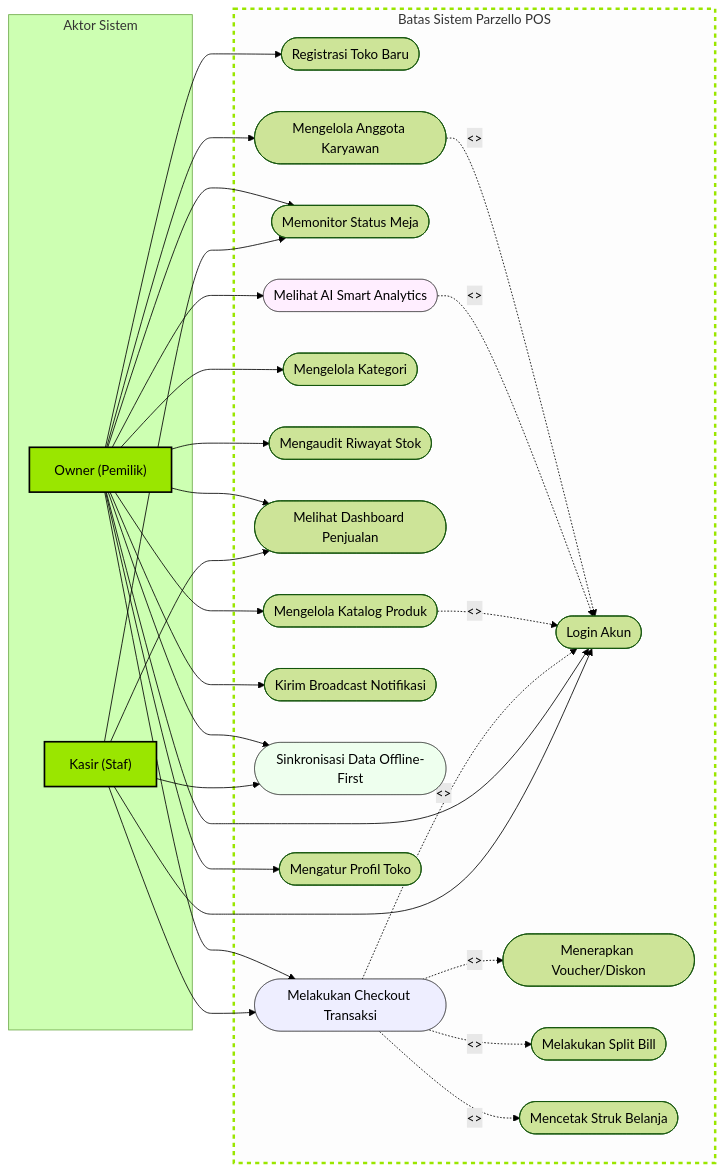
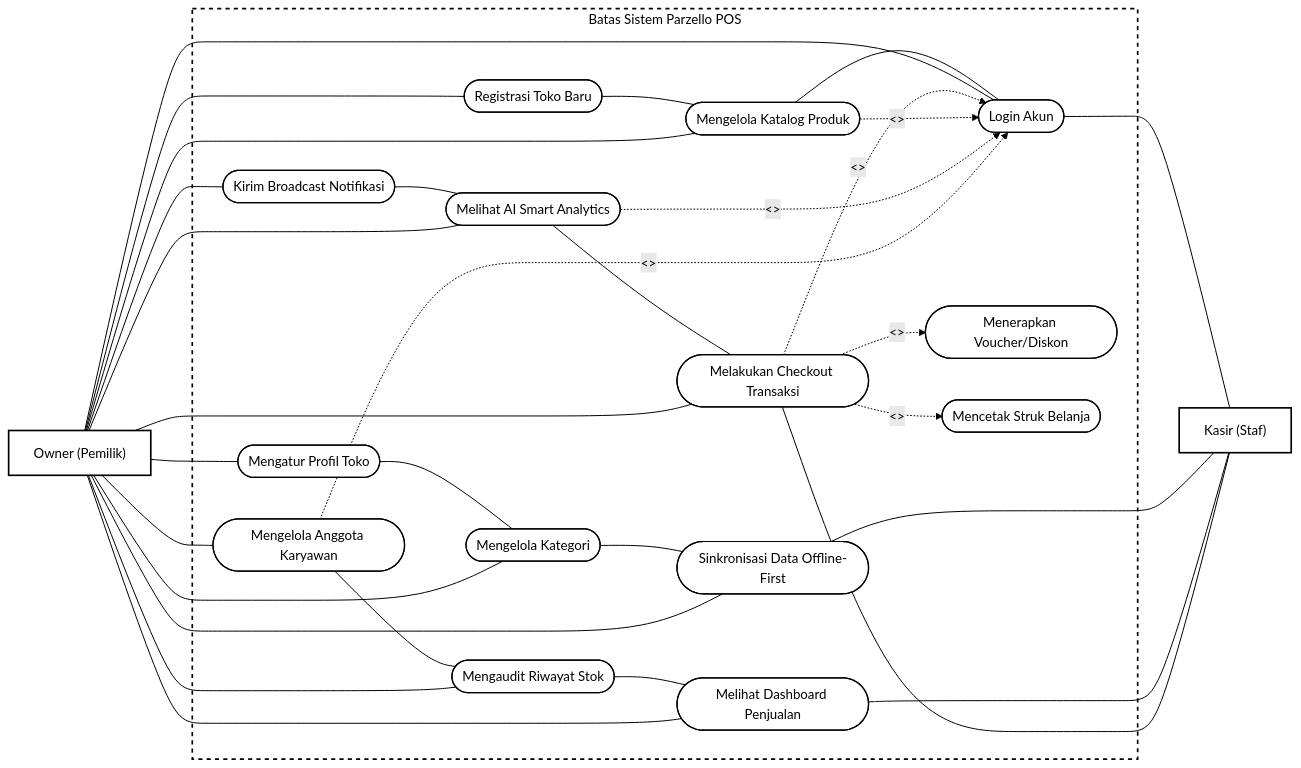
The diagram in Rancangan/Use Case.md (Skripsi-MKholis/skripsi-buku), drawn with Mermaid (forest theme) before and after one commit. The commit also changed other lines of this file and 18 other files, not shown here.

````diff
--- a/Rancangan/Use Case.md
+++ b/Rancangan/Use Case.md
@@ -32,78 +32,75 @@
 ```mermaid
 flowchart LR
-    %% Definition of Actors
-    subgraph Aktor_Sistem [Aktor Sistem]
-        Owner["Owner (Pemilik)"]
-        Kasir["Kasir (Staf)"]
-    end
+    %% Aktor di luar Batas Sistem (Owner di kiri, Kasir di kanan)
+    Owner["Owner (Pemilik)"]
+    Kasir["Kasir (Staf)"]
 
-    %% Definition of System Boundary
+    %% Batas Sistem
     subgraph System_Boundary [Batas Sistem Parzello POS]
-        %% Autentikasi
-        UC_Login(["Login Akun"])
+        %% Kolom 1: Autentikasi & Administrasi (Owner-Only)
         UC_Register(["Registrasi Toko Baru"])
+        UC_StoreConfig(["Mengatur Profil Toko"])
+        UC_ManageStaff(["Mengelola Anggota Karyawan"])
+        UC_BroadcastNotif(["Kirim Broadcast Notifikasi"])
         
-        %% POS & Transaksi
-        UC_Checkout(["Melakukan Checkout Transaksi"])
-        UC_Discount(["Menerapkan Voucher/Diskon"])
-        UC_SplitBill(["Melakukan Split Bill"])
-        UC_PrintReceipt(["Mencetak Struk Belanja"])
-        UC_TableMon(["Memonitor Status Meja"])
-        
-        %% Katalog & Stok
+        %% Kolom 2: Katalog & Stok (Owner-Only)
         UC_ManageCatalog(["Mengelola Katalog Produk"])
         UC_ManageCategory(["Mengelola Kategori"])
         UC_AuditStock(["Mengaudit Riwayat Stok"])
+        UC_AIAnalytics(["Melihat AI Smart Analytics"])
         
-        %% Laporan & AI
+        %% Kolom 3: Fitur Utama & Transaksi (Shared & POS)
+        UC_Login(["Login Akun"])
+        UC_SyncLocal(["Sinkronisasi Data Offline-First"])
         UC_Dashboard(["Melihat Dashboard Penjualan"])
-        UC_AIAnalytics(["Melihat AI Smart Analytics"])
-        UC_BroadcastNotif(["Kirim Broadcast Notifikasi"])
-        UC_SyncLocal(["Sinkronisasi Data Offline-First"])
+        UC_Checkout(["Melakukan Checkout Transaksi"])
         
-        %% Administrasi
-        UC_ManageStaff(["Mengelola Anggota Karyawan"])
-        UC_StoreConfig(["Mengatur Profil Toko"])
+        %% Kolom 4: Relasi Detail Checkout
+        UC_Discount(["Menerapkan Voucher/Diskon"])
+        UC_PrintReceipt(["Mencetak Struk Belanja"])
+
+        %% Invisible Links untuk merapikan tata letak grid (kolom-kolom)
+        UC_Register ~~~ UC_ManageCatalog ~~~ UC_Login
+        UC_StoreConfig ~~~ UC_ManageCategory ~~~ UC_SyncLocal
+        UC_ManageStaff ~~~ UC_AuditStock ~~~ UC_Dashboard
+        UC_BroadcastNotif ~~~ UC_AIAnalytics ~~~ UC_Checkout
     end
 
-    %% Associations for Kasir
-    Kasir --> UC_Login
-    Kasir --> UC_Checkout
-    Kasir --> UC_TableMon
-    Kasir --> UC_Dashboard
-    Kasir --> UC_SyncLocal
+    %% Hubungan Aktor ke Use Case (Owner - Asosiasi Kiri)
+    Owner --- UC_Register
+    Owner --- UC_StoreConfig
+    Owner --- UC_ManageStaff
+    Owner --- UC_BroadcastNotif
+    Owner --- UC_ManageCatalog
+    Owner --- UC_ManageCategory
+    Owner --- UC_AuditStock
+    Owner --- UC_AIAnalytics
+    Owner --- UC_Login
+    Owner --- UC_SyncLocal
+    Owner --- UC_Dashboard
+    Owner --- UC_Checkout
 
-    %% Associations for Owner
-    Owner --> UC_Register
-    Owner --> UC_Login
-    Owner --> UC_Checkout
-    Owner --> UC_TableMon
-    Owner --> UC_ManageCatalog
-    Owner --> UC_ManageCategory
-    Owner --> UC_AuditStock
-    Owner --> UC_Dashboard
-    Owner --> UC_AIAnalytics
-    Owner --> UC_BroadcastNotif
-    Owner --> UC_ManageStaff
-    Owner --> UC_StoreConfig
-    Owner --> UC_SyncLocal
+    %% Hubungan Use Case ke Aktor (Kasir - Asosiasi Kanan)
+    UC_Login --- Kasir
+    UC_SyncLocal --- Kasir
+    UC_Dashboard --- Kasir
+    UC_Checkout --- Kasir
 
-    %% Relationships <<include>> & <<extend>>
+    %% Hubungan Dependensi antar Use Case (include / extend)
     UC_Checkout -.->|"<<include>>"| UC_Login
     UC_Checkout -.->|"<<extend>>"| UC_Discount
-    UC_Checkout -.->|"<<extend>>"| UC_SplitBill
     UC_Checkout -.->|"<<include>>"| UC_PrintReceipt
     
     UC_ManageCatalog -.->|"<<include>>"| UC_Login
     UC_AIAnalytics -.->|"<<include>>"| UC_Login
     UC_ManageStaff -.->|"<<include>>"| UC_Login
 
-    %% Style Customization
-    style Owner fill:#9AE600,stroke:#000,stroke-width:2px,color:#000
-    style Kasir fill:#9AE600,stroke:#000,stroke-width:2px,color:#000
-    style System_Boundary fill:#fdfdfd,stroke:#9AE600,stroke-width:3px,stroke-dasharray: 5 5
+    %% Style Sederhana Hitam Putih (seperti Draw.io)
+    classDef default fill:#ffffff,stroke:#000000,stroke-width:1.5px,color:#000000;
+    classDef actor fill:#ffffff,stroke:#000000,stroke-width:2px,color:#000000;
+    class Owner,Kasir actor;
     
-    style UC_Checkout fill:#eef,stroke:#0005,stroke-width:1px
-    style UC_AIAnalytics fill:#fef,stroke:#0005,stroke-width:1px
-    style UC_SyncLocal fill:#efe,stroke:#0005,stroke-width:1px
+    style System_Boundary fill:#ffffff,stroke:#000000,stroke-width:2px,stroke-dasharray: 5 5,color:#000000;
+    
+    linkStyle default stroke:#000000,stroke-width:1.2px,fill:none;
 ```
````
